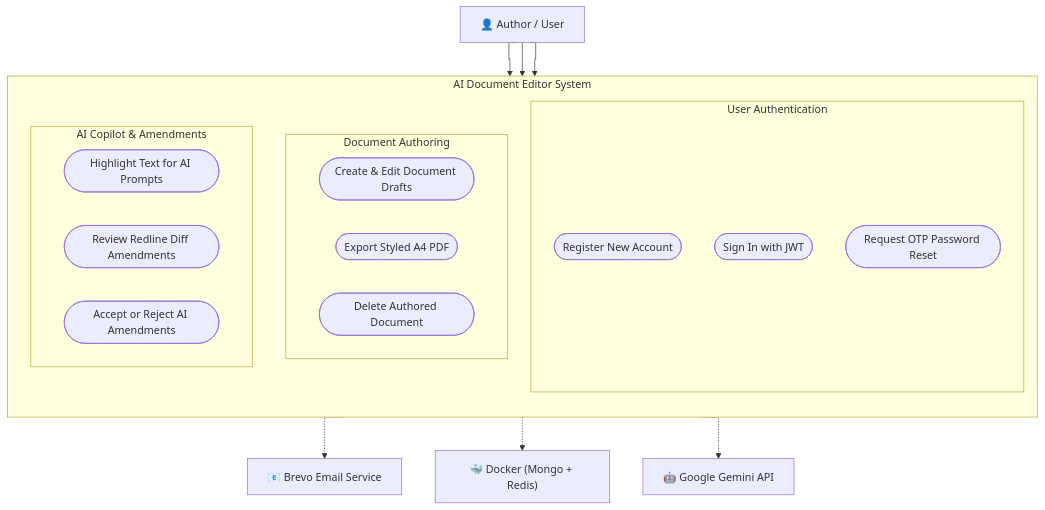
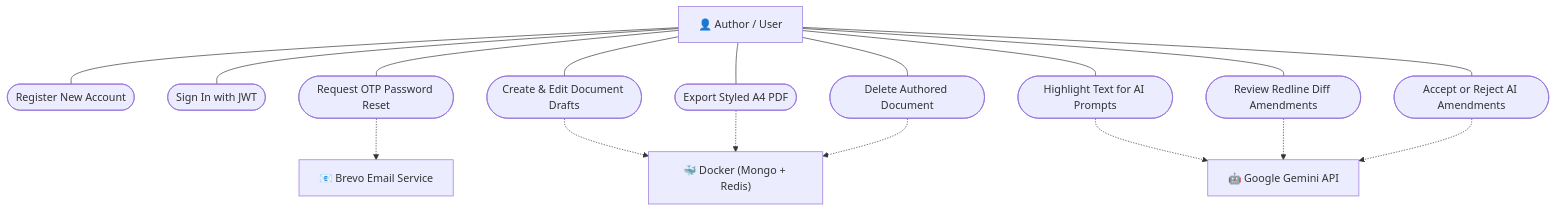
One commit to VinayakGaikwad101/project-practical changed the diagram in diagrams/use_case_diagram.mmd. Above: the diagram before and after it, drawn with Mermaid. The commit also changed 7 other files, not shown here.

Commit message:
docs: fix diagram arrows to eliminate blank-air pointing and align exact node targets

```diff
--- a/diagrams/use_case_diagram.mmd
+++ b/diagrams/use_case_diagram.mmd
@@ -1,38 +1,34 @@
 flowchart TD
-    %% Orthogonal 90-degree lines
-    linkStyle default interpolate stepAfter
-
     User["👤 Author / User"]
-
-    subgraph SystemBoundary["AI Document Editor System"]
-        direction TB
-        subgraph AuthFeatures["User Authentication"]
-            UC1(["Register New Account"])
-            UC2(["Sign In with JWT"])
-            UC3(["Request OTP Password Reset"])
-        end
-
-        subgraph CoreDocFeatures["Document Authoring"]
-            UC4(["Create & Edit Document Drafts"])
-            UC8(["Export Styled A4 PDF"])
-            UC9(["Delete Authored Document"])
-        end
-
-        subgraph AIFeatures["AI Copilot & Amendments"]
-            UC5(["Highlight Text for AI Prompts"])
-            UC6(["Review Redline Diff Amendments"])
-            UC7(["Accept or Reject AI Amendments"])
-        end
-    end
+    
+    UC1(["Register New Account"])
+    UC2(["Sign In with JWT"])
+    UC3(["Request OTP Password Reset"])
+    UC4(["Create & Edit Document Drafts"])
+    UC5(["Highlight Text for AI Prompts"])
+    UC6(["Review Redline Diff Amendments"])
+    UC7(["Accept or Reject AI Amendments"])
+    UC8(["Export Styled A4 PDF"])
+    UC9(["Delete Authored Document"])
 
     Brevo["📧 Brevo Email Service"]
     Docker["🐳 Docker (Mongo + Redis)"]
     Gemini["🤖 Google Gemini API"]
 
-    User --> AuthFeatures
-    User --> CoreDocFeatures
-    User --> AIFeatures
+    User --- UC1
+    User --- UC2
+    User --- UC3
+    User --- UC4
+    User --- UC5
+    User --- UC6
+    User --- UC7
+    User --- UC8
+    User --- UC9
 
     UC3 -.-> Brevo
-    CoreDocFeatures -.-> Docker
-    AIFeatures -.-> Gemini
+    UC4 -.-> Docker
+    UC8 -.-> Docker
+    UC9 -.-> Docker
+    UC5 -.-> Gemini
+    UC6 -.-> Gemini
+    UC7 -.-> Gemini
```
